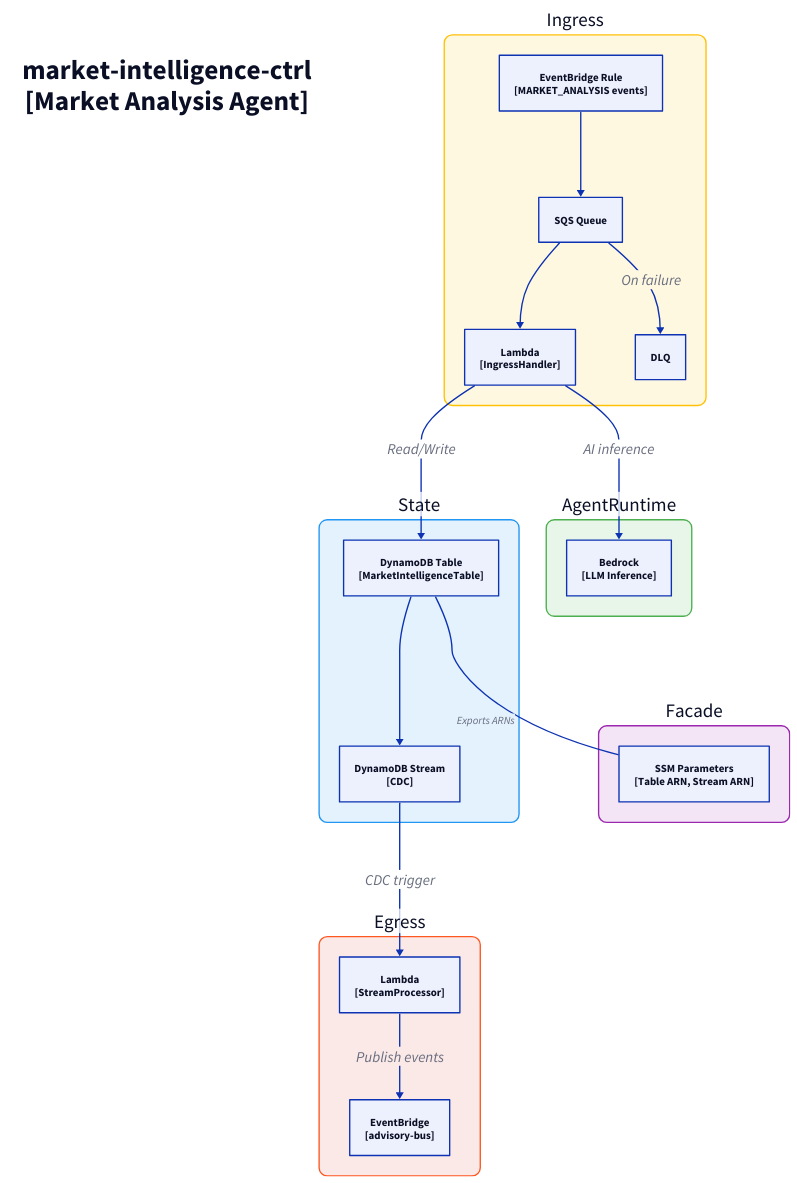
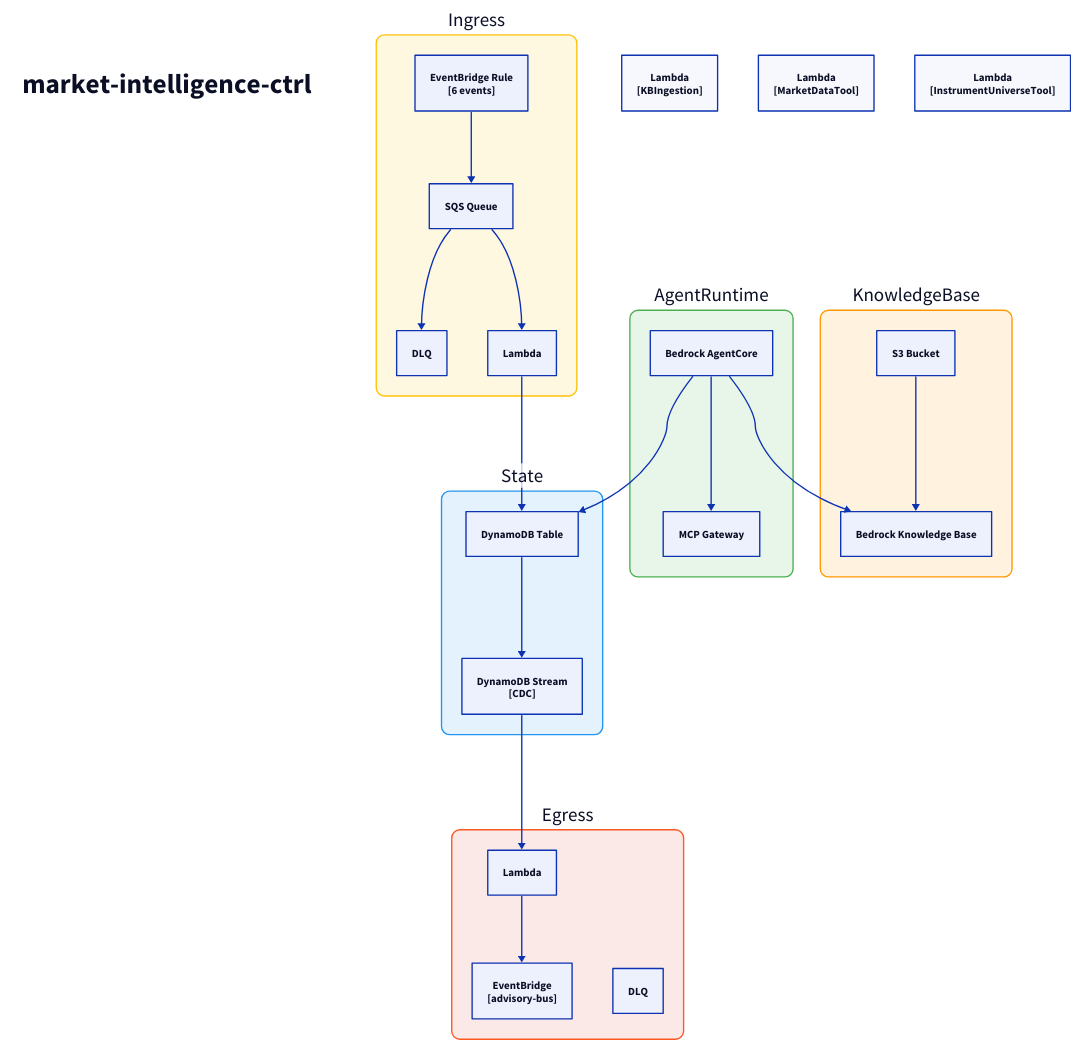
The diagram in docs/architecture/c3/market-intelligence-ctrl.d2 (fabio-vitali/nestfolio), drawn with D2 before and after one commit. The commit also changed 60 other files, not shown here.

Commit message:
fix: c4 diagram generated

```diff
--- a/docs/architecture/c3/market-intelligence-ctrl.d2
+++ b/docs/architecture/c3/market-intelligence-ctrl.d2
@@ -1,53 +1,56 @@
 direction: down
 
-title: "market-intelligence-ctrl\n[Market Analysis Agent]" {
+title: "market-intelligence-ctrl" {
   style: { font-size: 40; bold: true; fill: transparent; stroke: transparent }
 }
 
 ingress: "Ingress" {
   style: { fill: "#FFF8E1"; stroke: "#FFC107"; border-radius: 12; font-size: 28 }
+  rule: "EventBridge Rule\n[6 events]" { class: aws-eventbridge }
+  sqs: "SQS Queue" { class: aws-sqs }
+  dlq: "DLQ" { class: aws-dlq }
+  handler: "Lambda" { class: aws-lambda }
 
-  handler-rule: "EventBridge Rule\n[MARKET_ANALYSIS events]" { class: aws-eventbridge }
-  handler-sqs: "SQS Queue" { class: aws-sqs }
-  handler-fn: "Lambda\n[IngressHandler]" { class: aws-lambda }
-  handler-dlq: "DLQ" { class: aws-dlq }
-
-  handler-rule -> handler-sqs -> handler-fn
-  handler-sqs -> handler-dlq: "On failure" {style.font-size: 22}
+  rule -> sqs -> handler
+  sqs -> dlq
 }
 
 state: "State" {
   style: { fill: "#E3F2FD"; stroke: "#2196F3"; border-radius: 12; font-size: 28 }
-
-  table: "DynamoDB Table\n[MarketIntelligenceTable]" { class: aws-dynamodb }
+  table: "DynamoDB Table" { class: aws-dynamodb }
   stream: "DynamoDB Stream\n[CDC]" { class: aws-ddb-stream }
-
   table -> stream
 }
 
 egress: "Egress" {
   style: { fill: "#FBE9E7"; stroke: "#FF5722"; border-radius: 12; font-size: 28 }
+  processor: "Lambda" { class: aws-lambda }
+  bus: "EventBridge\n[advisory-bus]" { class: aws-eventbridge }
+  dlq: "DLQ" { class: aws-dlq }
 
-  processor: "Lambda\n[StreamProcessor]" { class: aws-lambda }
-  bus: "EventBridge\n[advisory-bus]" { class: aws-eventbridge }
-
-  processor -> bus: "Publish events" {style.font-size: 22}
+  processor -> bus
 }
 
-facade: "Facade" {
-  style: { fill: "#F3E5F5"; stroke: "#9C27B0"; border-radius: 12; font-size: 28 }
-
-  ssm: "SSM Parameters\n[Table ARN, Stream ARN]" { class: aws-ssm }
+agent-runtime: "AgentRuntime" {
+  style: { fill: "#E8F5E9"; stroke: "#4CAF50"; border-radius: 12; font-size: 28 }
+  runtime: "Bedrock AgentCore" { class: aws-bedrock }
+  gateway: "MCP Gateway" { class: aws-lambda }
+  runtime -> gateway
 }
 
-agent: "AgentRuntime" {
-  style: { fill: "#E8F5E9"; stroke: "#4CAF50"; border-radius: 12; font-size: 28 }
-
-  bedrock: "Bedrock\n[LLM Inference]" { class: aws-bedrock }
+knowledge-base: "KnowledgeBase" {
+  style: { fill: "#FFF3E0"; stroke: "#FF9800"; border-radius: 12; font-size: 28 }
+  kb: "Bedrock Knowledge Base" { class: aws-bedrock }
+  s3: "S3 Bucket" { class: aws-s3 }
+  s3 -> kb
 }
 
+kbingestion: "Lambda\n[KBIngestion]" { class: aws-lambda }
+market-data-tool: "Lambda\n[MarketDataTool]" { class: aws-lambda }
+instrument-universe-tool: "Lambda\n[InstrumentUniverseTool]" { class: aws-lambda }
+
 # Flows
-ingress.handler-fn -> state.table: "Read/Write" {style.font-size: 22}
-ingress.handler-fn -> agent.bedrock: "AI inference" {style.font-size: 22}
-state.stream -> egress.processor: "CDC trigger" {style.font-size: 22}
-state.table -- facade.ssm: "Exports ARNs"
+ingress.handler -> state.table
+state.stream -> egress.processor
+agent-runtime.runtime -> knowledge-base.kb
+agent-runtime.runtime -> state.table
```
